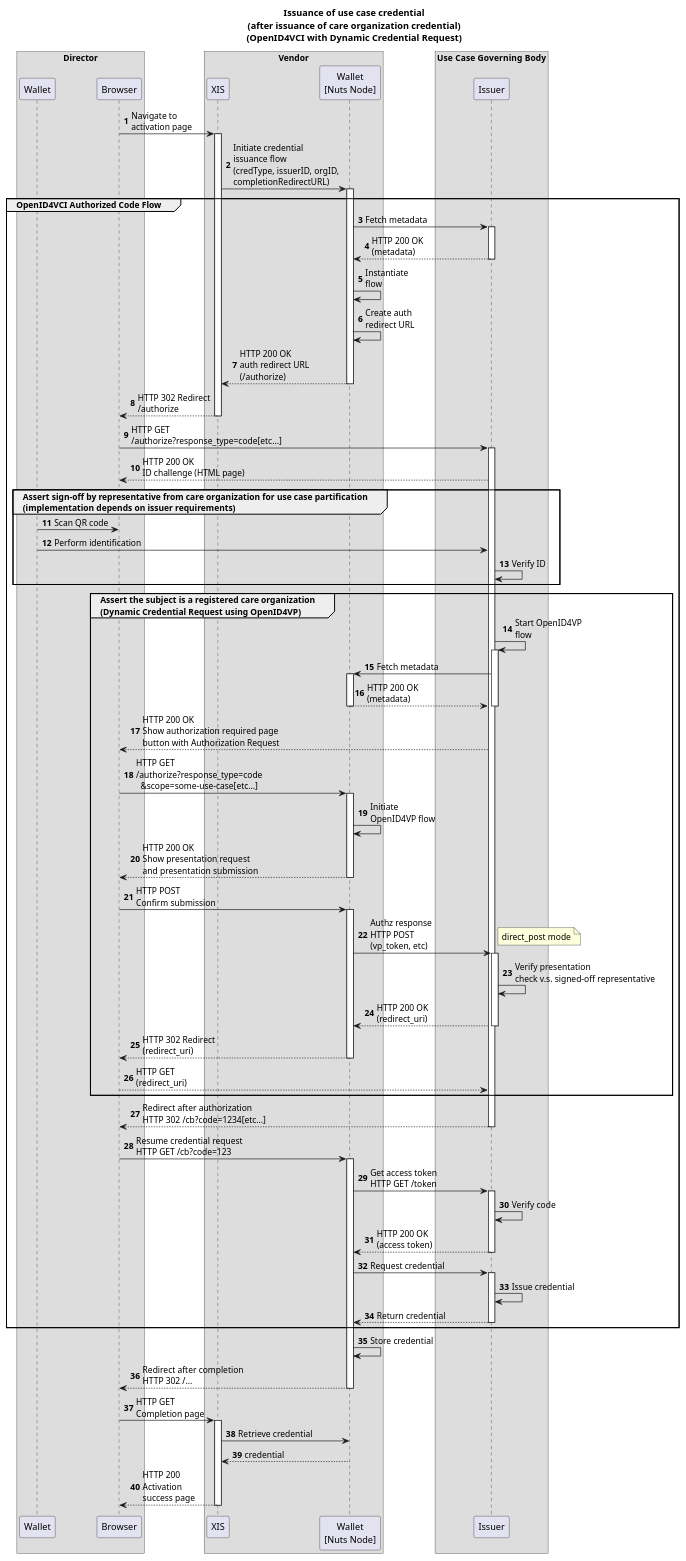
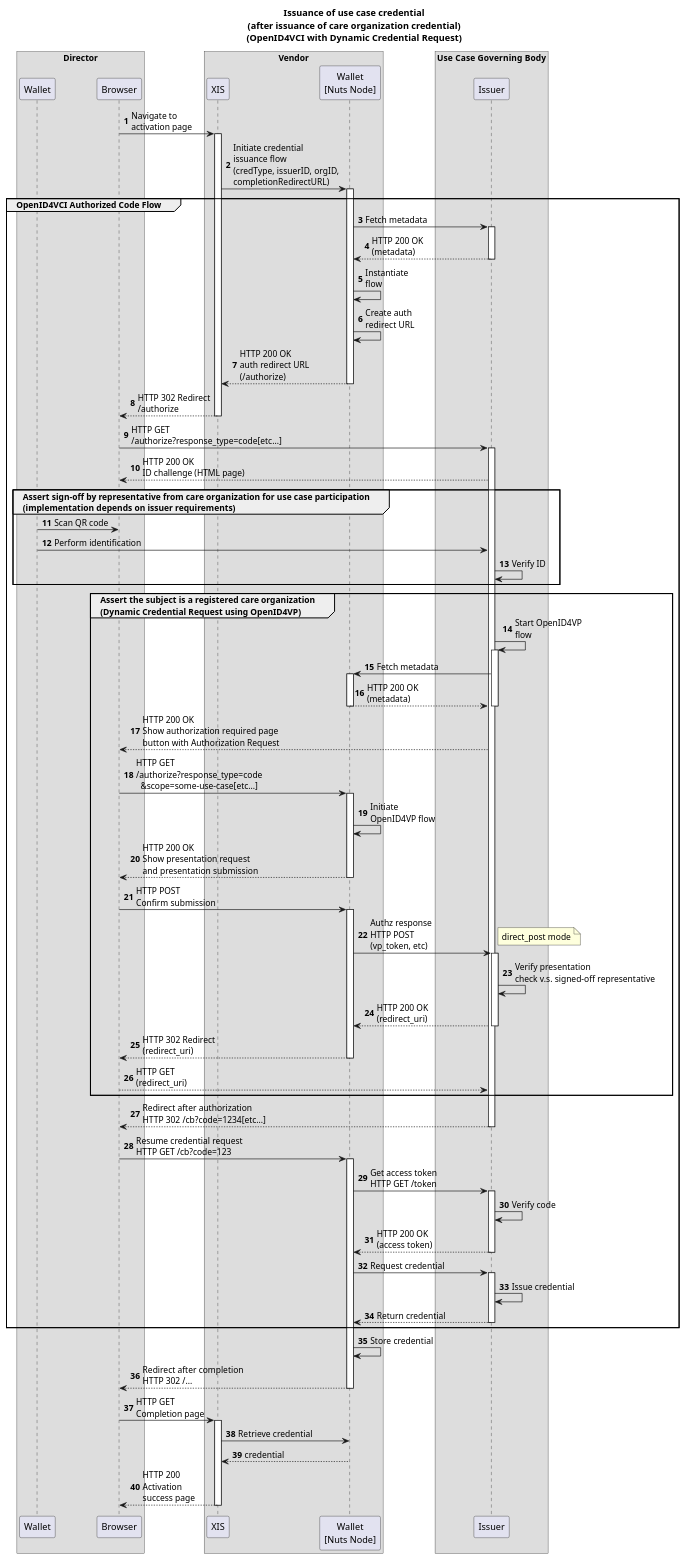
Before and after one commit to nuts-foundation/nuts-node: the diagram in docs/diagrams/openid4vc/stelsel-issuance-sd.puml, drawn with PlantUML.

```diff
--- a/docs/diagrams/openid4vc/stelsel-issuance-sd.puml
+++ b/docs/diagrams/openid4vc/stelsel-issuance-sd.puml
@@ -1,95 +1,95 @@
 @startuml
 autonumber
 
 title Issuance of use case credential\n(after issuance of care organization credential)\n(OpenID4VCI with Dynamic Credential Request)
 
 box Director
     participant Wallet
     participant Browser
 end box
 box Vendor
     participant XIS
     participant Node as "Wallet\n[Nuts Node]"
 end box
 box Use Case Governing  Body
     participant Issuer as "Issuer"
 end box
 
 Browser -> XIS : Navigate to\nactivation page
 activate XIS
     XIS -> Node : Initiate credential\nissuance flow\n(credType, issuerID, orgID,\ncompletionRedirectURL)
     activate Node
 group OpenID4VCI Authorized Code Flow
         Node -> Issuer : Fetch metadata
         activate Issuer
             Issuer --> Node : HTTP 200 OK\n(metadata)
         deactivate Issuer
         Node -> Node : Instantiate\nflow
         Node -> Node : Create auth\nredirect URL
         Node --> XIS : HTTP 200 OK\nauth redirect URL\n(/authorize)
     deactivate Node
     XIS --> Browser : HTTP 302 Redirect\n/authorize
 deactivate XIS
 
 Browser -> Issuer : HTTP GET\n/authorize?response_type=code[etc...]
 activate Issuer
     Issuer --> Browser : HTTP 200 OK\nID challenge (HTML page)
-    group Assert sign-off by representative from care organization for use case partification\n(implementation depends on issuer requirements)
+    group Assert sign-off by representative from care organization for use case participation\n(implementation depends on issuer requirements)
         Wallet -> Browser : Scan QR code
         Wallet -> Issuer : Perform identification
         Issuer -> Issuer : Verify ID
     end
 
     group Assert the subject is a registered care organization\n(Dynamic Credential Request using OpenID4VP)
         Issuer -> Issuer : Start OpenID4VP\nflow
         activate Issuer
             Issuer -> Node : Fetch metadata
             activate Node
                 Node --> Issuer : HTTP 200 OK\n(metadata)
             deactivate Node
         deactivate Issuer
         Issuer --> Browser : HTTP 200 OK\nShow authorization required page\nbutton with Authorization Request
         Browser -> Node : HTTP GET\n/authorize?response_type=code\n  &scope=some-use-case[etc...]
         activate Node
             Node -> Node : Initiate\nOpenID4VP flow
             Node --> Browser : HTTP 200 OK\nShow presentation request\nand presentation submission
         deactivate Node
         Browser -> Node : HTTP POST\nConfirm submission
         activate Node
             Node -> Issuer : Authz response\nHTTP POST\n(vp_token, etc)
             note right : direct_post mode
             activate Issuer
                 Issuer -> Issuer : Verify presentation\ncheck v.s. signed-off representative
                 Issuer --> Node : HTTP 200 OK\n(redirect_uri)
             deactivate Issuer
             Node --> Browser : HTTP 302 Redirect\n(redirect_uri)
         deactivate Node
         Browser --> Issuer : HTTP GET\n(redirect_uri)
     end
     Issuer --> Browser : Redirect after authorization\nHTTP 302 /cb?code=1234[etc...]
 deactivate Issuer
 
 Browser -> Node : Resume credential request\nHTTP GET /cb?code=123
 activate Node
     Node -> Issuer : Get access token\nHTTP GET /token
     activate Issuer
         Issuer -> Issuer : Verify code
         Issuer --> Node : HTTP 200 OK\n(access token)
     deactivate Issuer
     Node -> Issuer : Request credential
     activate Issuer
         Issuer -> Issuer : Issue credential
         Issuer --> Node : Return credential
     deactivate Issuer
 end
     Node -> Node : Store credential
     Node --> Browser : Redirect after completion\nHTTP 302 /...
 deactivate Node
 
 Browser -> XIS : HTTP GET\nCompletion page
 activate XIS
     XIS -> Node : Retrieve credential
     Node --> XIS : credential
     XIS --> Browser : HTTP 200\nActivation\nsuccess page
 deactivate XIS
 @enduml
```
